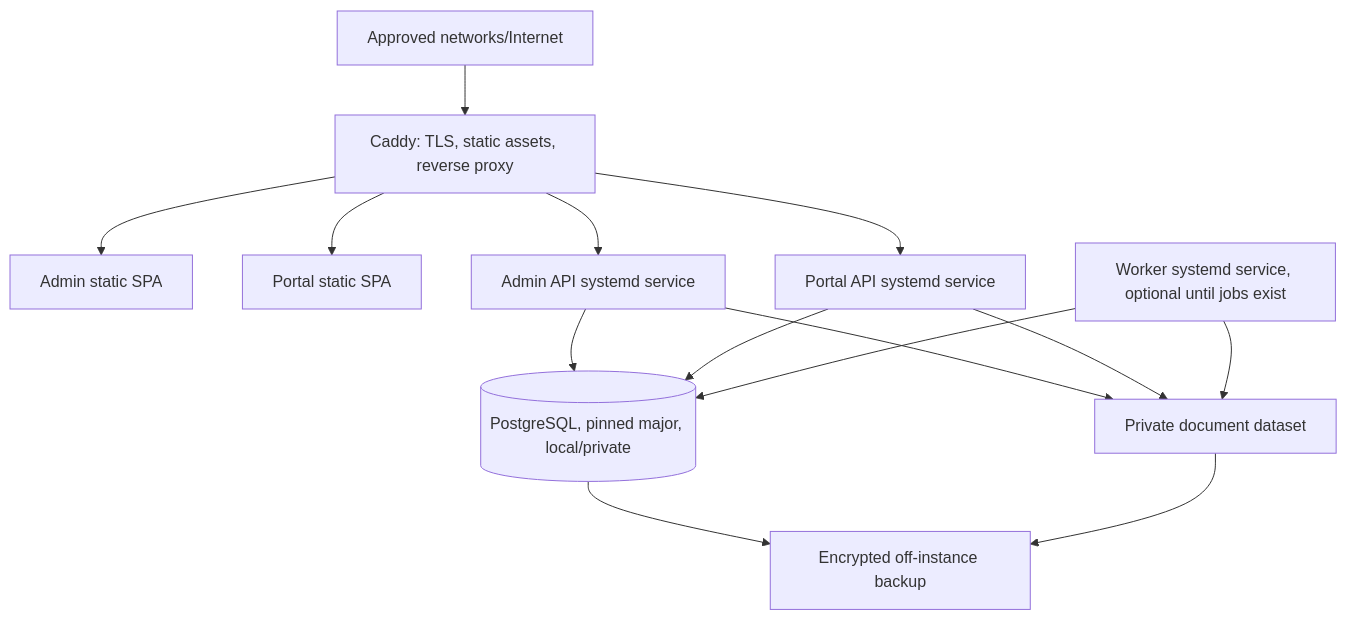
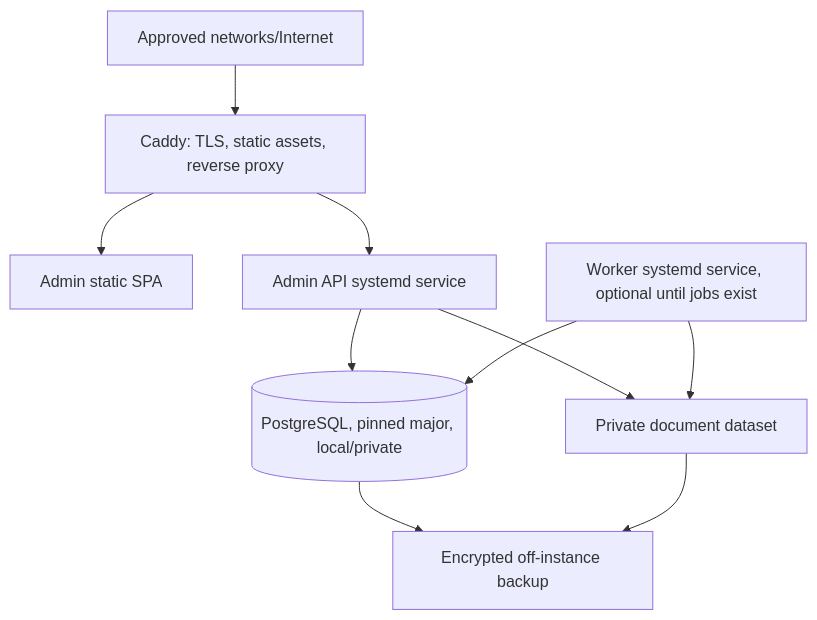
The diagram in docs/DEPLOYMENT_MODEL.md (ruisilva-bit/TravelOS), drawn with Mermaid before and after one commit. The commit also changed other lines of this file and 166 other files, not shown here.

````diff
--- a/docs/DEPLOYMENT_MODEL.md
+++ b/docs/DEPLOYMENT_MODEL.md
@@ -24,16 +24,12 @@
 ```mermaid
 flowchart TD
   INTERNET[Approved networks/Internet] --> C[Caddy: TLS, static assets, reverse proxy]
   C --> AW[Admin static SPA]
-  C --> PW[Portal static SPA]
   C --> AA[Admin API systemd service]
-  C --> PA[Portal API systemd service]
   AA --> DB[(PostgreSQL, pinned major, local/private)]
-  PA --> DB
   W[Worker systemd service, optional until jobs exist] --> DB
   AA --> DS[Private document dataset]
-  PA --> DS
   W --> DS
   DB --> B[Encrypted off-instance backup]
   DS --> B
 ```
````
